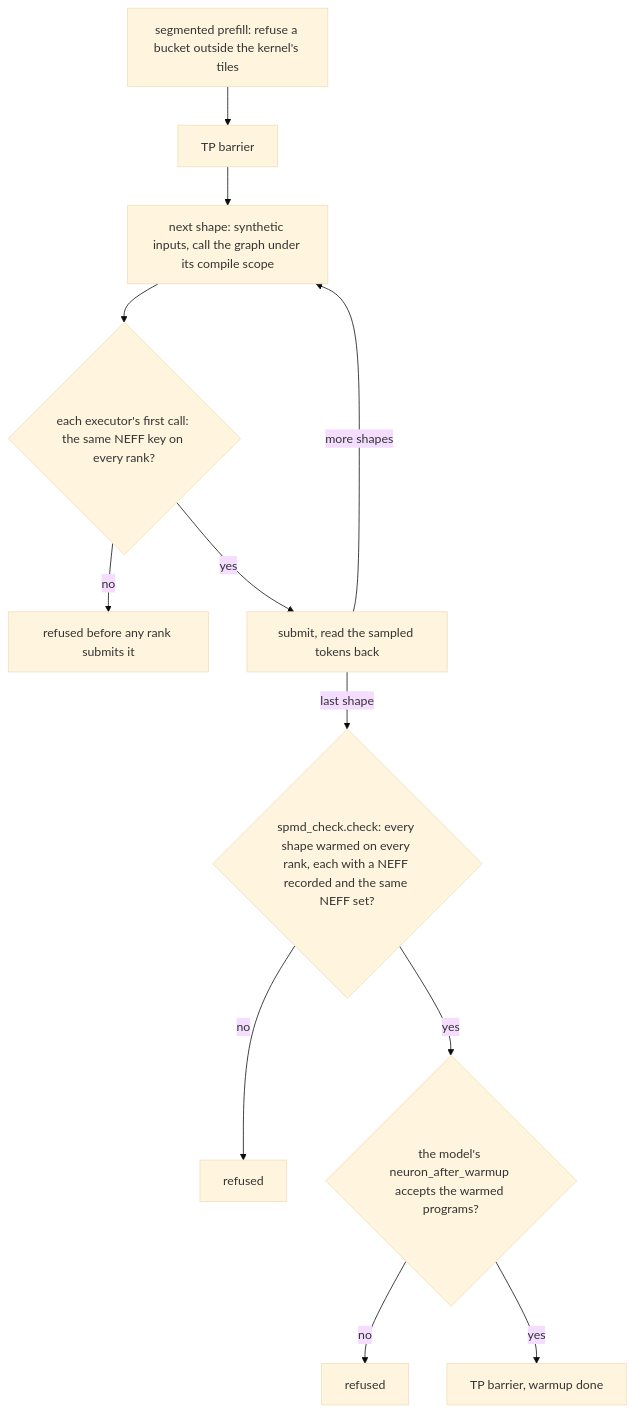
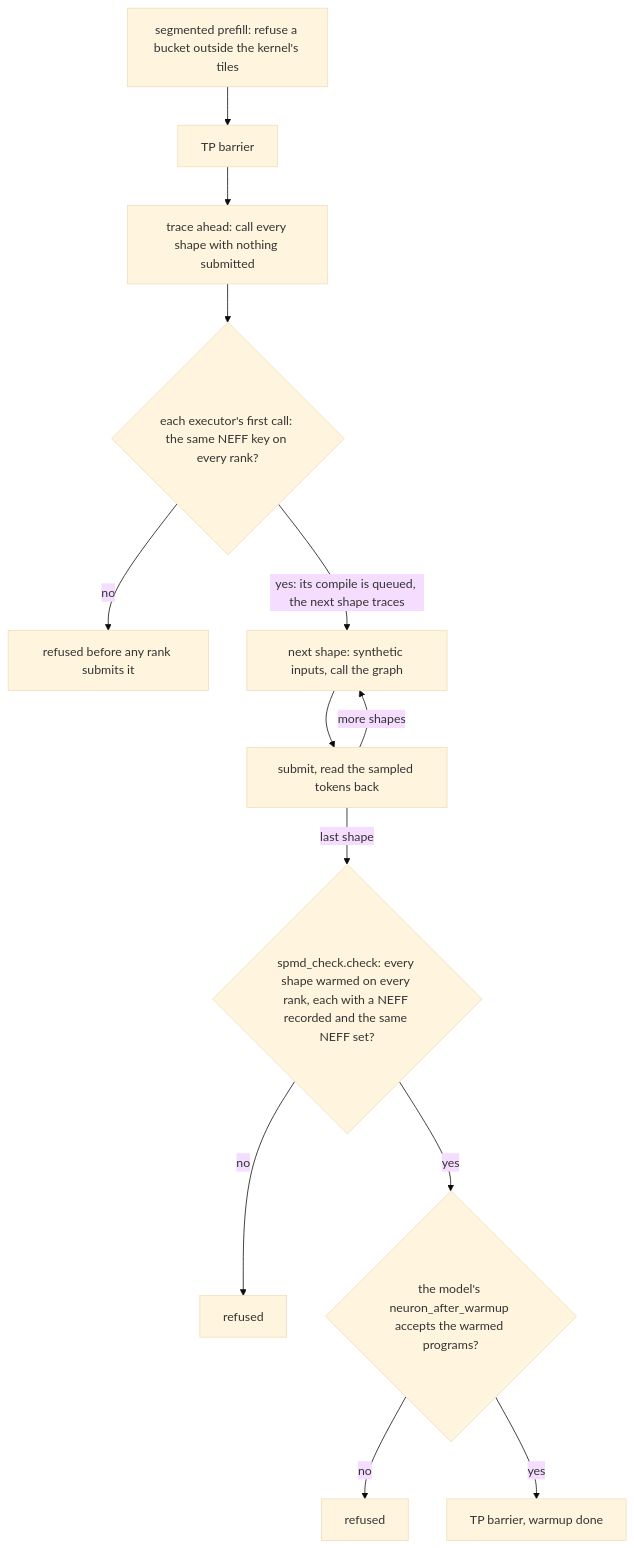
One commit to sgl-project/sglang-neuron changed the seventh of 12 diagrams in docs/design/runtime.md. Above: the diagram before and after it, drawn with Mermaid (base theme). The commit also changed other lines of this file and 3 other files, not shown here.

First line of the commit message:
Compile warm-up shapes concurrently: trace every shape before warming any

````diff
--- a/docs/design/runtime.md
+++ b/docs/design/runtime.md
@@ -686,15 +687,16 @@
 ```mermaid
 flowchart TD
     A["segmented prefill: refuse a bucket outside the kernel's tiles"] --> B["TP barrier"]
-    B --> C["next shape: synthetic inputs, call the graph under its compile scope"]
-    C --> D{"each executor's first call: the same NEFF key on every rank?"}
-    D -->|no| X["refused before any rank submits it"]
-    D -->|yes| E["submit, read the sampled tokens back"]
+    B --> T["trace ahead: call every shape with nothing submitted"]
+    T --> TD{"each executor's first call: the same NEFF key on every rank?"}
+    TD -->|no| X["refused before any rank submits it"]
+    TD -->|"yes: its compile is queued, the next shape traces"| C
+    C["next shape: synthetic inputs, call the graph"] --> E["submit, read the sampled tokens back"]
     E -->|"more shapes"| C
     E -->|"last shape"| F
     F{"spmd_check.check: every shape warmed on every rank, each with a NEFF recorded and the same NEFF set?"}
     F -->|no| Y["refused"]
     F -->|yes| H{"the model's neuron_after_warmup accepts the warmed programs?"}
     H -->|no| Z["refused"]
     H -->|yes| G["TP barrier, warmup done"]
 ```
````
